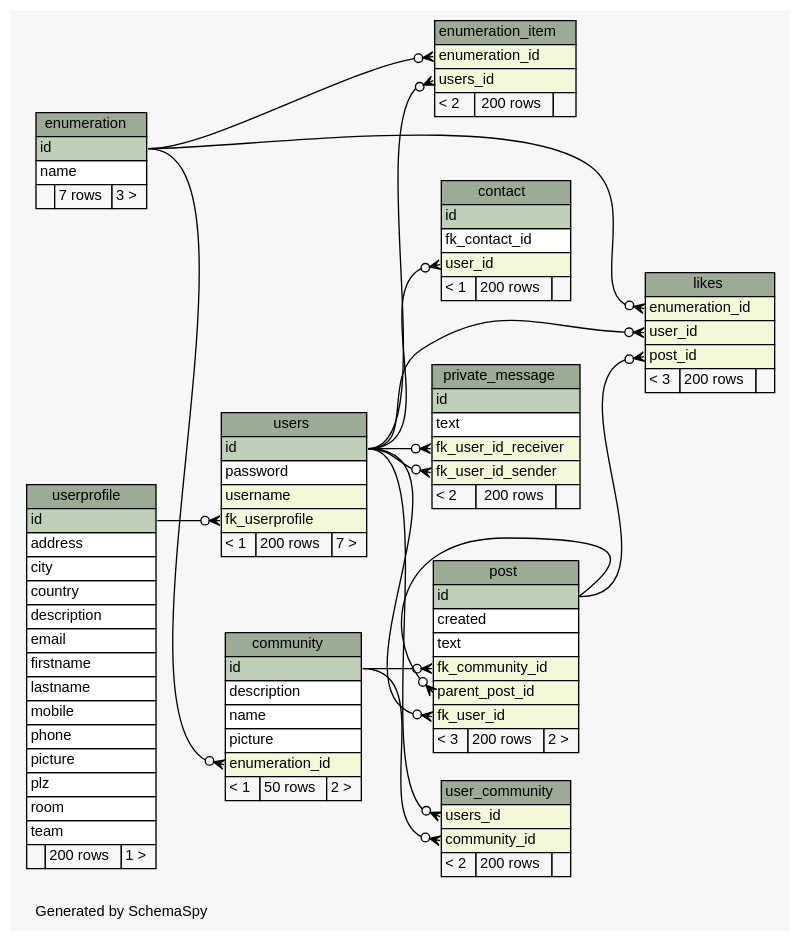
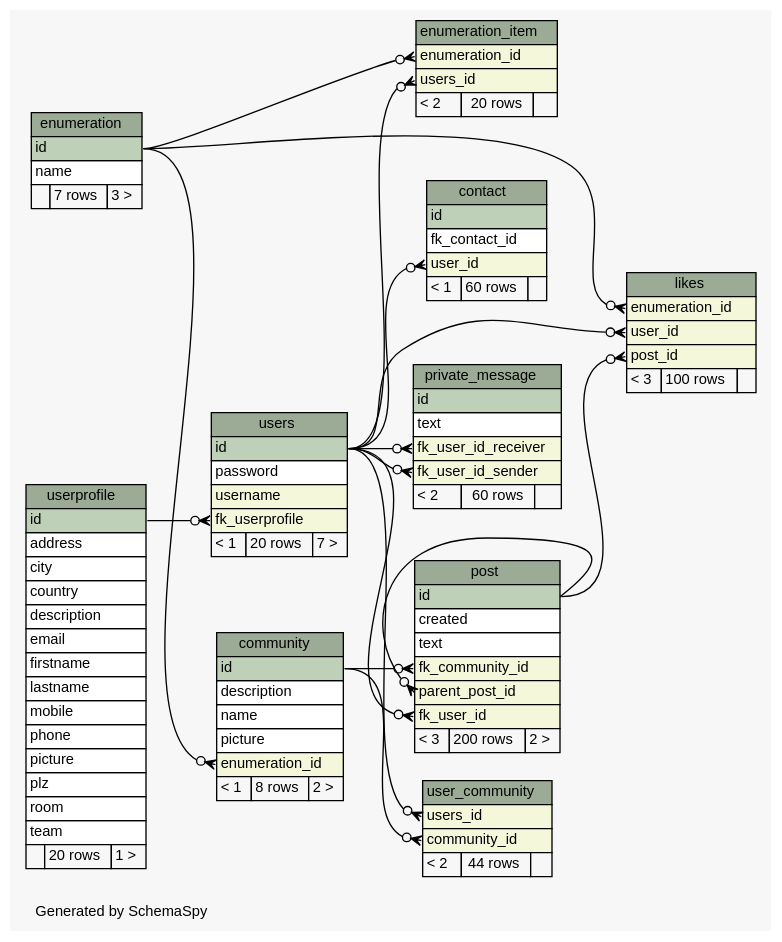
The diagram in doc/db_schema/diagrams/summary/relationships.real.large.dot (chr-krenn/chr-krenn-fhj-ws2017-sd17-pse), drawn with Graphviz before and after one commit. The commit also changed 65 other files, not shown here.

```diff
--- a/doc/db_schema/diagrams/summary/relationships.real.large.dot
+++ b/doc/db_schema/diagrams/summary/relationships.real.large.dot
@@ -1,172 +1,172 @@
 // dot 2.40.1 on Linux 4.12.5-300.fc26.x86_64
 // SchemaSpy rev 590
 digraph "largeRelationshipsDiagram" {
   graph [
     rankdir="RL"
     bgcolor="#f7f7f7"
     label="\nGenerated by SchemaSpy"
     labeljust="l"
     nodesep="0.18"
     ranksep="0.46"
     fontname="Helvetica"
     fontsize="11"
   ];
   node [
     fontname="Helvetica"
     fontsize="11"
     shape="plaintext"
   ];
   edge [
     arrowsize="0.8"
   ];
   "community" [
     label=<
     <TABLE BORDER="0" CELLBORDER="1" CELLSPACING="0" BGCOLOR="#ffffff">
       <TR><TD COLSPAN="3" BGCOLOR="#9bab96" ALIGN="CENTER">community</TD></TR>
       <TR><TD PORT="id" COLSPAN="3" BGCOLOR="#bed1b8" ALIGN="LEFT">id</TD></TR>
       <TR><TD PORT="description" COLSPAN="3" ALIGN="LEFT">description</TD></TR>
       <TR><TD PORT="name" COLSPAN="3" ALIGN="LEFT">name</TD></TR>
       <TR><TD PORT="picture" COLSPAN="3" ALIGN="LEFT">picture</TD></TR>
       <TR><TD PORT="enumeration_id" COLSPAN="3" BGCOLOR="#f4f7da" ALIGN="LEFT">enumeration_id</TD></TR>
-      <TR><TD ALIGN="LEFT" BGCOLOR="#f7f7f7">&lt; 1</TD><TD ALIGN="RIGHT" BGCOLOR="#f7f7f7">50 rows</TD><TD ALIGN="RIGHT" BGCOLOR="#f7f7f7">2 &gt;</TD></TR>
+      <TR><TD ALIGN="LEFT" BGCOLOR="#f7f7f7">&lt; 1</TD><TD ALIGN="RIGHT" BGCOLOR="#f7f7f7">8 rows</TD><TD ALIGN="RIGHT" BGCOLOR="#f7f7f7">2 &gt;</TD></TR>
     </TABLE>>
     URL="tables/community.html"
     tooltip="community"
   ];
   "contact" [
     label=<
     <TABLE BORDER="0" CELLBORDER="1" CELLSPACING="0" BGCOLOR="#ffffff">
       <TR><TD COLSPAN="3" BGCOLOR="#9bab96" ALIGN="CENTER">contact</TD></TR>
       <TR><TD PORT="id" COLSPAN="3" BGCOLOR="#bed1b8" ALIGN="LEFT">id</TD></TR>
       <TR><TD PORT="fk_contact_id" COLSPAN="3" ALIGN="LEFT">fk_contact_id</TD></TR>
       <TR><TD PORT="user_id" COLSPAN="3" BGCOLOR="#f4f7da" ALIGN="LEFT">user_id</TD></TR>
-      <TR><TD ALIGN="LEFT" BGCOLOR="#f7f7f7">&lt; 1</TD><TD ALIGN="RIGHT" BGCOLOR="#f7f7f7">200 rows</TD><TD ALIGN="RIGHT" BGCOLOR="#f7f7f7">  </TD></TR>
+      <TR><TD ALIGN="LEFT" BGCOLOR="#f7f7f7">&lt; 1</TD><TD ALIGN="RIGHT" BGCOLOR="#f7f7f7">60 rows</TD><TD ALIGN="RIGHT" BGCOLOR="#f7f7f7">  </TD></TR>
     </TABLE>>
     URL="tables/contact.html"
     tooltip="contact"
   ];
   "enumeration" [
     label=<
     <TABLE BORDER="0" CELLBORDER="1" CELLSPACING="0" BGCOLOR="#ffffff">
       <TR><TD COLSPAN="3" BGCOLOR="#9bab96" ALIGN="CENTER">enumeration</TD></TR>
       <TR><TD PORT="id" COLSPAN="3" BGCOLOR="#bed1b8" ALIGN="LEFT">id</TD></TR>
       <TR><TD PORT="name" COLSPAN="3" ALIGN="LEFT">name</TD></TR>
       <TR><TD ALIGN="LEFT" BGCOLOR="#f7f7f7">  </TD><TD ALIGN="RIGHT" BGCOLOR="#f7f7f7">7 rows</TD><TD ALIGN="RIGHT" BGCOLOR="#f7f7f7">3 &gt;</TD></TR>
     </TABLE>>
     URL="tables/enumeration.html"
     tooltip="enumeration"
   ];
   "enumeration_item" [
     label=<
     <TABLE BORDER="0" CELLBORDER="1" CELLSPACING="0" BGCOLOR="#ffffff">
       <TR><TD COLSPAN="3" BGCOLOR="#9bab96" ALIGN="CENTER">enumeration_item</TD></TR>
       <TR><TD PORT="enumeration_id" COLSPAN="3" BGCOLOR="#f4f7da" ALIGN="LEFT">enumeration_id</TD></TR>
       <TR><TD PORT="users_id" COLSPAN="3" BGCOLOR="#f4f7da" ALIGN="LEFT">users_id</TD></TR>
-      <TR><TD ALIGN="LEFT" BGCOLOR="#f7f7f7">&lt; 2</TD><TD ALIGN="RIGHT" BGCOLOR="#f7f7f7">200 rows</TD><TD ALIGN="RIGHT" BGCOLOR="#f7f7f7">  </TD></TR>
+      <TR><TD ALIGN="LEFT" BGCOLOR="#f7f7f7">&lt; 2</TD><TD ALIGN="RIGHT" BGCOLOR="#f7f7f7">20 rows</TD><TD ALIGN="RIGHT" BGCOLOR="#f7f7f7">  </TD></TR>
     </TABLE>>
     URL="tables/enumeration_item.html"
     tooltip="enumeration_item"
   ];
   "likes" [
     label=<
     <TABLE BORDER="0" CELLBORDER="1" CELLSPACING="0" BGCOLOR="#ffffff">
       <TR><TD COLSPAN="3" BGCOLOR="#9bab96" ALIGN="CENTER">likes</TD></TR>
       <TR><TD PORT="enumeration_id" COLSPAN="3" BGCOLOR="#f4f7da" ALIGN="LEFT">enumeration_id</TD></TR>
       <TR><TD PORT="user_id" COLSPAN="3" BGCOLOR="#f4f7da" ALIGN="LEFT">user_id</TD></TR>
       <TR><TD PORT="post_id" COLSPAN="3" BGCOLOR="#f4f7da" ALIGN="LEFT">post_id</TD></TR>
-      <TR><TD ALIGN="LEFT" BGCOLOR="#f7f7f7">&lt; 3</TD><TD ALIGN="RIGHT" BGCOLOR="#f7f7f7">200 rows</TD><TD ALIGN="RIGHT" BGCOLOR="#f7f7f7">  </TD></TR>
+      <TR><TD ALIGN="LEFT" BGCOLOR="#f7f7f7">&lt; 3</TD><TD ALIGN="RIGHT" BGCOLOR="#f7f7f7">100 rows</TD><TD ALIGN="RIGHT" BGCOLOR="#f7f7f7">  </TD></TR>
     </TABLE>>
     URL="tables/likes.html"
     tooltip="likes"
   ];
   "post" [
     label=<
     <TABLE BORDER="0" CELLBORDER="1" CELLSPACING="0" BGCOLOR="#ffffff">
       <TR><TD COLSPAN="3" BGCOLOR="#9bab96" ALIGN="CENTER">post</TD></TR>
       <TR><TD PORT="id" COLSPAN="3" BGCOLOR="#bed1b8" ALIGN="LEFT">id</TD></TR>
       <TR><TD PORT="created" COLSPAN="3" ALIGN="LEFT">created</TD></TR>
       <TR><TD PORT="text" COLSPAN="3" ALIGN="LEFT">text</TD></TR>
       <TR><TD PORT="fk_community_id" COLSPAN="3" BGCOLOR="#f4f7da" ALIGN="LEFT">fk_community_id</TD></TR>
       <TR><TD PORT="parent_post_id" COLSPAN="3" BGCOLOR="#f4f7da" ALIGN="LEFT">parent_post_id</TD></TR>
       <TR><TD PORT="fk_user_id" COLSPAN="3" BGCOLOR="#f4f7da" ALIGN="LEFT">fk_user_id</TD></TR>
       <TR><TD ALIGN="LEFT" BGCOLOR="#f7f7f7">&lt; 3</TD><TD ALIGN="RIGHT" BGCOLOR="#f7f7f7">200 rows</TD><TD ALIGN="RIGHT" BGCOLOR="#f7f7f7">2 &gt;</TD></TR>
     </TABLE>>
     URL="tables/post.html"
     tooltip="post"
   ];
   "private_message" [
     label=<
     <TABLE BORDER="0" CELLBORDER="1" CELLSPACING="0" BGCOLOR="#ffffff">
       <TR><TD COLSPAN="3" BGCOLOR="#9bab96" ALIGN="CENTER">private_message</TD></TR>
       <TR><TD PORT="id" COLSPAN="3" BGCOLOR="#bed1b8" ALIGN="LEFT">id</TD></TR>
       <TR><TD PORT="text" COLSPAN="3" ALIGN="LEFT">text</TD></TR>
       <TR><TD PORT="fk_user_id_receiver" COLSPAN="3" BGCOLOR="#f4f7da" ALIGN="LEFT">fk_user_id_receiver</TD></TR>
       <TR><TD PORT="fk_user_id_sender" COLSPAN="3" BGCOLOR="#f4f7da" ALIGN="LEFT">fk_user_id_sender</TD></TR>
-      <TR><TD ALIGN="LEFT" BGCOLOR="#f7f7f7">&lt; 2</TD><TD ALIGN="RIGHT" BGCOLOR="#f7f7f7">200 rows</TD><TD ALIGN="RIGHT" BGCOLOR="#f7f7f7">  </TD></TR>
+      <TR><TD ALIGN="LEFT" BGCOLOR="#f7f7f7">&lt; 2</TD><TD ALIGN="RIGHT" BGCOLOR="#f7f7f7">60 rows</TD><TD ALIGN="RIGHT" BGCOLOR="#f7f7f7">  </TD></TR>
     </TABLE>>
     URL="tables/private_message.html"
     tooltip="private_message"
   ];
   "user_community" [
     label=<
     <TABLE BORDER="0" CELLBORDER="1" CELLSPACING="0" BGCOLOR="#ffffff">
       <TR><TD COLSPAN="3" BGCOLOR="#9bab96" ALIGN="CENTER">user_community</TD></TR>
       <TR><TD PORT="users_id" COLSPAN="3" BGCOLOR="#f4f7da" ALIGN="LEFT">users_id</TD></TR>
       <TR><TD PORT="community_id" COLSPAN="3" BGCOLOR="#f4f7da" ALIGN="LEFT">community_id</TD></TR>
-      <TR><TD ALIGN="LEFT" BGCOLOR="#f7f7f7">&lt; 2</TD><TD ALIGN="RIGHT" BGCOLOR="#f7f7f7">200 rows</TD><TD ALIGN="RIGHT" BGCOLOR="#f7f7f7">  </TD></TR>
+      <TR><TD ALIGN="LEFT" BGCOLOR="#f7f7f7">&lt; 2</TD><TD ALIGN="RIGHT" BGCOLOR="#f7f7f7">44 rows</TD><TD ALIGN="RIGHT" BGCOLOR="#f7f7f7">  </TD></TR>
     </TABLE>>
     URL="tables/user_community.html"
     tooltip="user_community"
   ];
   "userprofile" [
     label=<
     <TABLE BORDER="0" CELLBORDER="1" CELLSPACING="0" BGCOLOR="#ffffff">
       <TR><TD COLSPAN="3" BGCOLOR="#9bab96" ALIGN="CENTER">userprofile</TD></TR>
       <TR><TD PORT="id" COLSPAN="3" BGCOLOR="#bed1b8" ALIGN="LEFT">id</TD></TR>
       <TR><TD PORT="address" COLSPAN="3" ALIGN="LEFT">address</TD></TR>
       <TR><TD PORT="city" COLSPAN="3" ALIGN="LEFT">city</TD></TR>
       <TR><TD PORT="country" COLSPAN="3" ALIGN="LEFT">country</TD></TR>
       <TR><TD PORT="description" COLSPAN="3" ALIGN="LEFT">description</TD></TR>
       <TR><TD PORT="email" COLSPAN="3" ALIGN="LEFT">email</TD></TR>
       <TR><TD PORT="firstname" COLSPAN="3" ALIGN="LEFT">firstname</TD></TR>
       <TR><TD PORT="lastname" COLSPAN="3" ALIGN="LEFT">lastname</TD></TR>
       <TR><TD PORT="mobile" COLSPAN="3" ALIGN="LEFT">mobile</TD></TR>
       <TR><TD PORT="phone" COLSPAN="3" ALIGN="LEFT">phone</TD></TR>
       <TR><TD PORT="picture" COLSPAN="3" ALIGN="LEFT">picture</TD></TR>
       <TR><TD PORT="plz" COLSPAN="3" ALIGN="LEFT">plz</TD></TR>
       <TR><TD PORT="room" COLSPAN="3" ALIGN="LEFT">room</TD></TR>
       <TR><TD PORT="team" COLSPAN="3" ALIGN="LEFT">team</TD></TR>
-      <TR><TD ALIGN="LEFT" BGCOLOR="#f7f7f7">  </TD><TD ALIGN="RIGHT" BGCOLOR="#f7f7f7">200 rows</TD><TD ALIGN="RIGHT" BGCOLOR="#f7f7f7">1 &gt;</TD></TR>
+      <TR><TD ALIGN="LEFT" BGCOLOR="#f7f7f7">  </TD><TD ALIGN="RIGHT" BGCOLOR="#f7f7f7">20 rows</TD><TD ALIGN="RIGHT" BGCOLOR="#f7f7f7">1 &gt;</TD></TR>
     </TABLE>>
     URL="tables/userprofile.html"
     tooltip="userprofile"
   ];
   "users" [
     label=<
     <TABLE BORDER="0" CELLBORDER="1" CELLSPACING="0" BGCOLOR="#ffffff">
       <TR><TD COLSPAN="3" BGCOLOR="#9bab96" ALIGN="CENTER">users</TD></TR>
       <TR><TD PORT="id" COLSPAN="3" BGCOLOR="#bed1b8" ALIGN="LEFT">id</TD></TR>
       <TR><TD PORT="password" COLSPAN="3" ALIGN="LEFT">password</TD></TR>
       <TR><TD PORT="username" COLSPAN="3" BGCOLOR="#f4f7da" ALIGN="LEFT">username</TD></TR>
       <TR><TD PORT="fk_userprofile" COLSPAN="3" BGCOLOR="#f4f7da" ALIGN="LEFT">fk_userprofile</TD></TR>
-      <TR><TD ALIGN="LEFT" BGCOLOR="#f7f7f7">&lt; 1</TD><TD ALIGN="RIGHT" BGCOLOR="#f7f7f7">200 rows</TD><TD ALIGN="RIGHT" BGCOLOR="#f7f7f7">7 &gt;</TD></TR>
+      <TR><TD ALIGN="LEFT" BGCOLOR="#f7f7f7">&lt; 1</TD><TD ALIGN="RIGHT" BGCOLOR="#f7f7f7">20 rows</TD><TD ALIGN="RIGHT" BGCOLOR="#f7f7f7">7 &gt;</TD></TR>
     </TABLE>>
     URL="tables/users.html"
     tooltip="users"
   ];
   "community":"enumeration_id":w -> "enumeration":"id":e [arrowhead=none dir=back arrowtail=crowodot];
   "contact":"user_id":w -> "users":"id":e [arrowhead=none dir=back arrowtail=crowodot];
   "enumeration_item":"enumeration_id":w -> "enumeration":"id":e [arrowhead=none dir=back arrowtail=crowodot];
   "enumeration_item":"users_id":w -> "users":"id":e [arrowhead=none dir=back arrowtail=crowodot];
   "likes":"enumeration_id":w -> "enumeration":"id":e [arrowhead=none dir=back arrowtail=crowodot];
   "likes":"post_id":w -> "post":"id":e [arrowhead=none dir=back arrowtail=crowodot];
   "likes":"user_id":w -> "users":"id":e [arrowhead=none dir=back arrowtail=crowodot];
   "post":"fk_community_id":w -> "community":"id":e [arrowhead=none dir=back arrowtail=crowodot];
   "post":"fk_user_id":w -> "users":"id":e [arrowhead=none dir=back arrowtail=crowodot];
   "post":"parent_post_id":w -> "post":"id":e [arrowhead=none dir=back arrowtail=crowodot];
   "private_message":"fk_user_id_receiver":w -> "users":"id":e [arrowhead=none dir=back arrowtail=crowodot];
   "private_message":"fk_user_id_sender":w -> "users":"id":e [arrowhead=none dir=back arrowtail=crowodot];
   "user_community":"community_id":w -> "community":"id":e [arrowhead=none dir=back arrowtail=crowodot];
   "user_community":"users_id":w -> "users":"id":e [arrowhead=none dir=back arrowtail=crowodot];
   "users":"fk_userprofile":w -> "userprofile":"id":e [arrowhead=none dir=back arrowtail=crowodot];
 }
```
